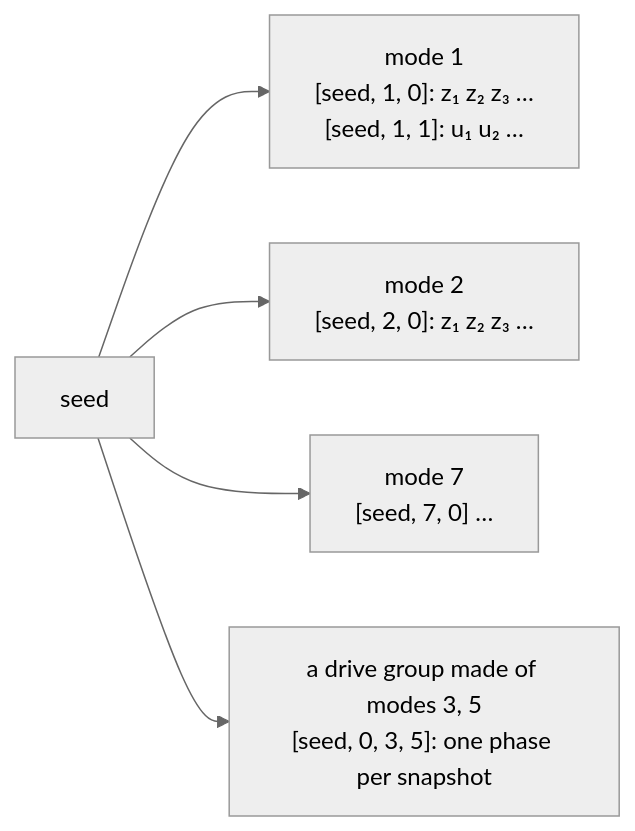
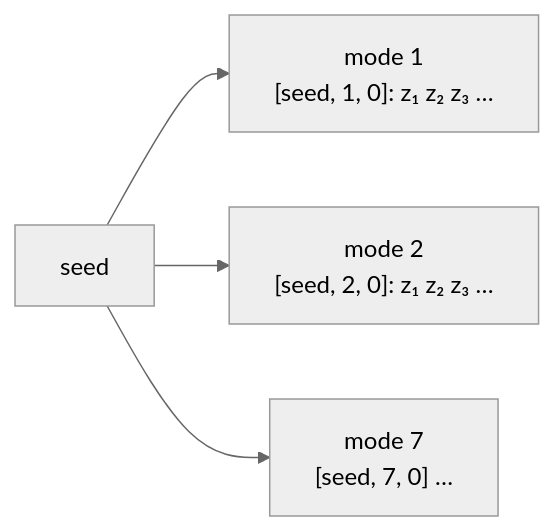
The fifth of 11 diagrams in docs/science/vibrational-averaging.md (Qing-LAB/molbuilder), drawn with Mermaid (neutral theme) before and after one commit. The commit also changed other lines of this file and 44 other files, not shown here.

````diff
--- a/docs/science/vibrational-averaging.md
+++ b/docs/science/vibrational-averaging.md
@@ -1477,7 +1376,6 @@
 ```mermaid
 flowchart LR
-    S["seed"] --> A["mode 1<br/>[seed, 1, 0]: z₁ z₂ z₃ …<br/>[seed, 1, 1]: u₁ u₂ …"]
+    S["seed"] --> A["mode 1<br/>[seed, 1, 0]: z₁ z₂ z₃ …"]
     S --> B["mode 2<br/>[seed, 2, 0]: z₁ z₂ z₃ …"]
     S --> C["mode 7<br/>[seed, 7, 0] …"]
-    S --> G["a drive group made of modes 3, 5<br/>[seed, 0, 3, 5]: one phase per snapshot"]
 ```
````
